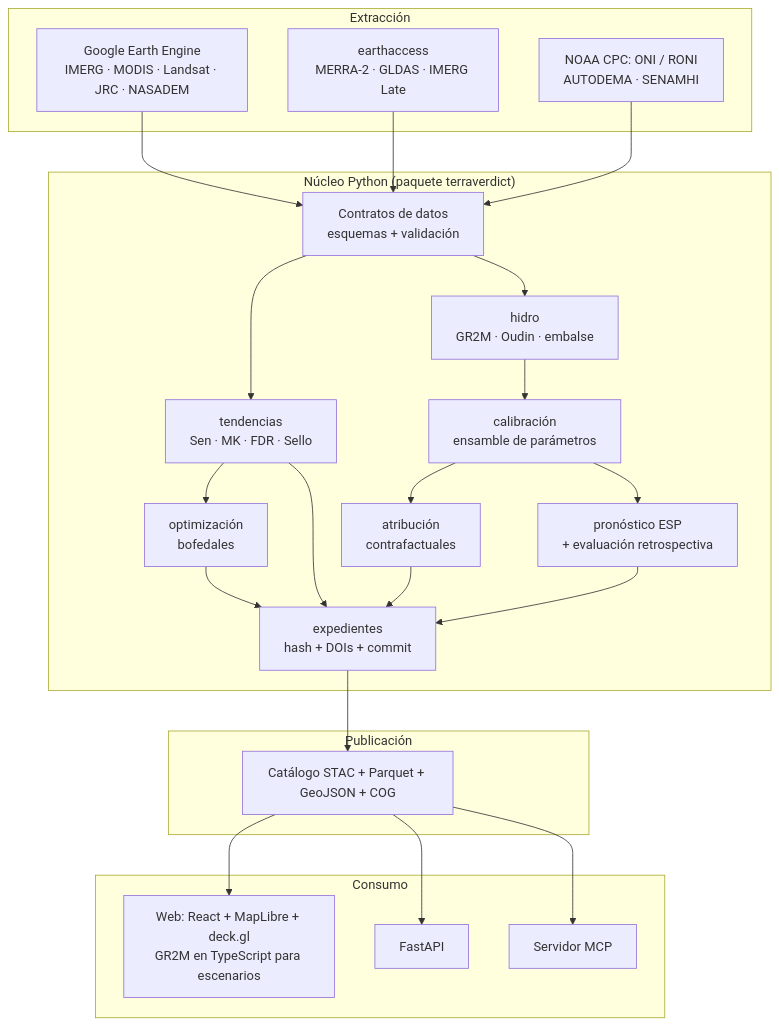
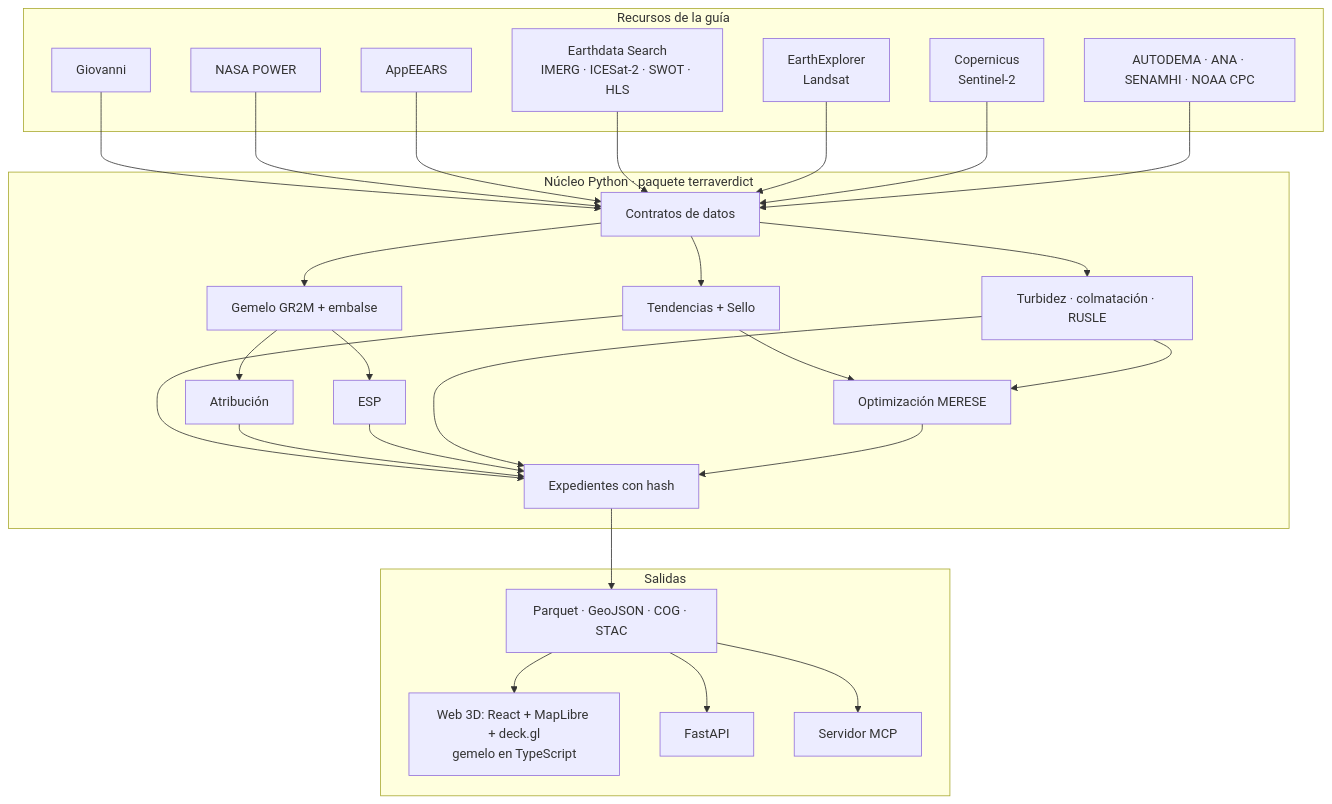
The third of 3 diagrams in readme.md (DiegoNiS/terraverdict), drawn with Mermaid before and after one commit. The commit also changed other lines of this file, not shown here.

Commit message:
wip: planteamiento con datos reales de Arequipa

````diff
--- a/readme.md
+++ b/readme.md
@@ -253,31 +309,21 @@
 ```mermaid
 flowchart TB
-    subgraph Extracción
-        GEE[Google Earth Engine\nIMERG · MODIS · Landsat · JRC · NASADEM]
-        EA[earthaccess\nMERRA-2 · GLDAS · IMERG Late]
-        EXT[NOAA CPC: ONI / RONI\nAUTODEMA · SENAMHI]
+    subgraph Fuentes["Recursos de la guía"]
+        G[Giovanni] & PW[NASA POWER] & AP[AppEEARS] & ED[Earthdata Search<br/>IMERG · ICESat-2 · SWOT · HLS] & EE[EarthExplorer<br/>Landsat] & CP[Copernicus<br/>Sentinel-2]
+        LOC[AUTODEMA · ANA · SENAMHI · NOAA CPC]
     end
-    subgraph Núcleo["Núcleo Python (paquete terraverdict)"]
-        DC[Contratos de datos\nesquemas + validación]
-        TR[tendencias\nSen · MK · FDR · Sello]
-        HY[hidro\nGR2M · Oudin · embalse]
-        CAL[calibración\nensamble de parámetros]
-        ATR[atribución\ncontrafactuales]
-        ESP[pronóstico ESP\n+ evaluación retrospectiva]
-        OPT[optimización\nbofedales]
-        EXP[expedientes\nhash + DOIs + commit]
+    subgraph Nucleo["Núcleo Python · paquete terraverdict"]
+        V[Contratos de datos] --> T[Tendencias + Sello]
+        V --> H[Gemelo GR2M + embalse] --> A[Atribución] & F[ESP]
+        V --> Z[Turbidez · colmatación · RUSLE]
+        T & Z --> O[Optimización MERESE]
+        T & A & F & Z & O --> X[Expedientes con hash]
     end
-    subgraph Publicación
-        ST[Catálogo STAC + Parquet + GeoJSON + COG]
+    subgraph Salidas
+        S[Parquet · GeoJSON · COG · STAC]
+        W[Web 3D: React + MapLibre + deck.gl<br/>gemelo en TypeScript]
+        API[FastAPI] & MCP[Servidor MCP]
     end
-    subgraph Consumo
-        WEB[Web: React + MapLibre + deck.gl\nGR2M en TypeScript para escenarios]
-        API[FastAPI]
-        MCP[Servidor MCP]
-    end
-    GEE & EA & EXT --> DC --> TR & HY
-    HY --> CAL --> ATR & ESP
-    TR --> OPT
-    TR & ATR & ESP & OPT --> EXP --> ST
-    ST --> WEB & API & MCP
+    G & PW & AP & ED & EE & CP & LOC --> V
+    X --> S --> W & API & MCP
 ```
````
